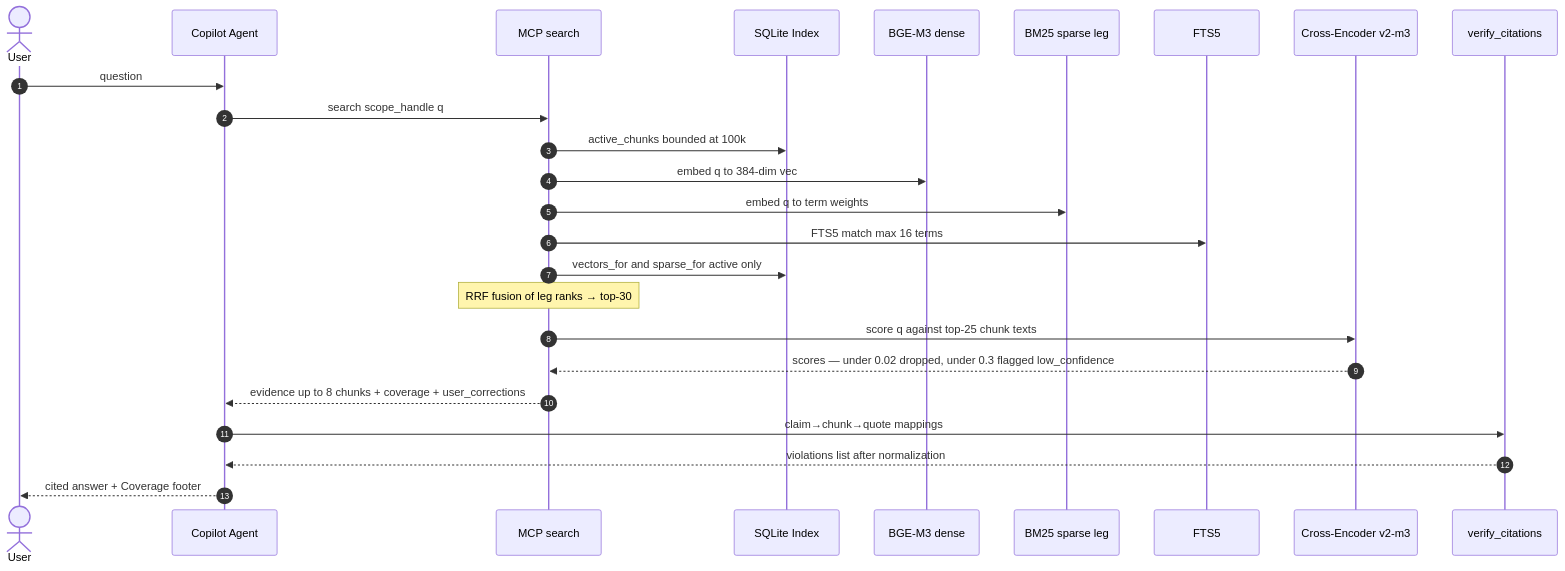
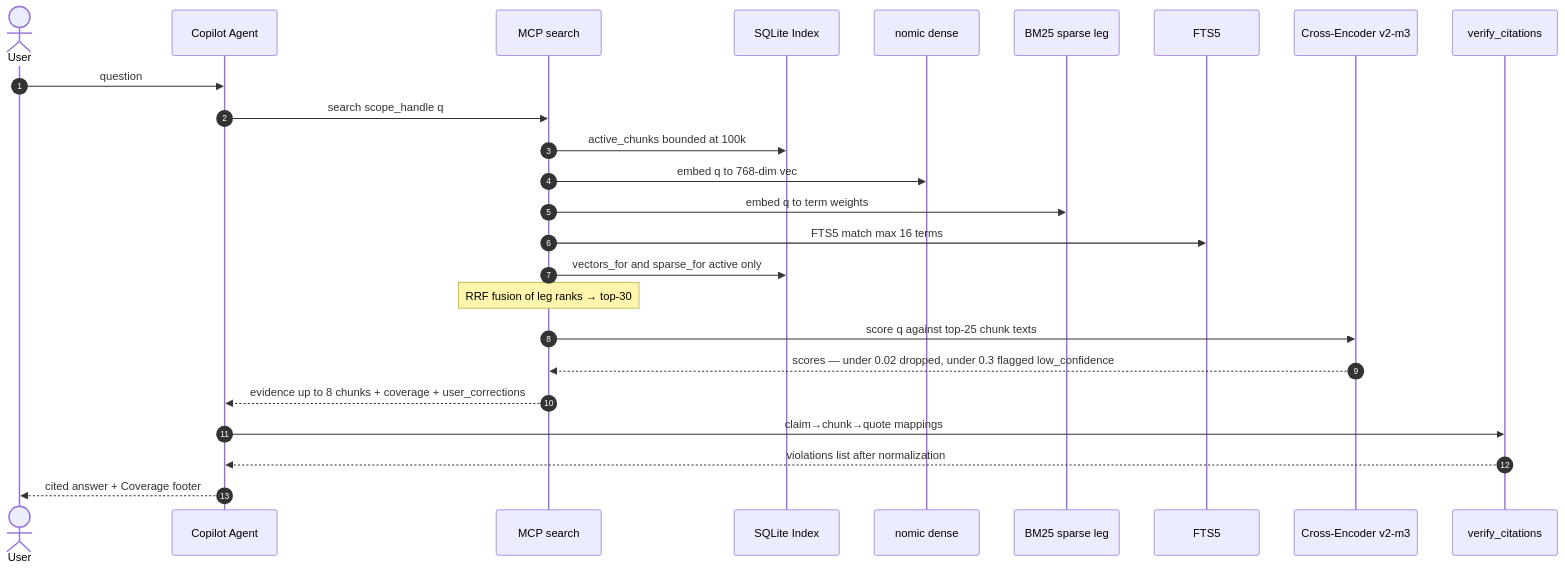
The first of 5 diagrams in docs/knowledge-agent-tdd.md (nkunal1992/agents), drawn with Mermaid before and after one commit. The commit also changed other lines of this file and 24 other files, not shown here.

````diff
--- a/docs/knowledge-agent-tdd.md
+++ b/docs/knowledge-agent-tdd.md
@@ -110,28 +110,28 @@
 ```mermaid
 sequenceDiagram
     autonumber
     actor U as User
     participant A as Copilot Agent
     participant S as MCP search
     participant I as SQLite Index
-    participant D as BGE-M3 dense
+    participant D as nomic dense
     participant B as BM25 sparse leg
     participant F as FTS5
     participant R as Cross-Encoder v2-m3
     participant V as verify_citations
 
     U->>A: question
     A->>S: search scope_handle q
     S->>I: active_chunks bounded at 100k
-    S->>D: embed q to 384-dim vec
+    S->>D: embed q to 768-dim vec
     S->>B: embed q to term weights
     S->>F: FTS5 match max 16 terms
     S->>I: vectors_for and sparse_for active only
     Note over S: RRF fusion of leg ranks → top-30
     S->>R: score q against top-25 chunk texts
     R-->>S: scores — under 0.02 dropped, under 0.3 flagged low_confidence
     S-->>A: evidence up to 8 chunks + coverage + user_corrections
     A->>V: claim→chunk→quote mappings
     V-->>A: violations list after normalization
     A-->>U: cited answer + Coverage footer
 ```
````
